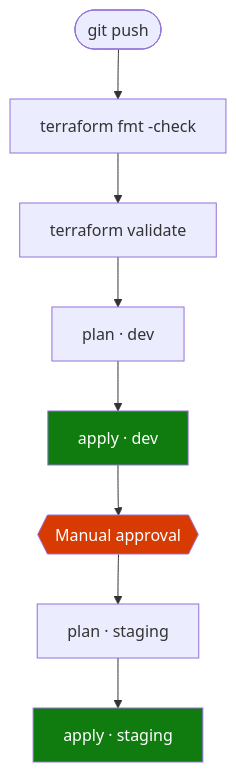
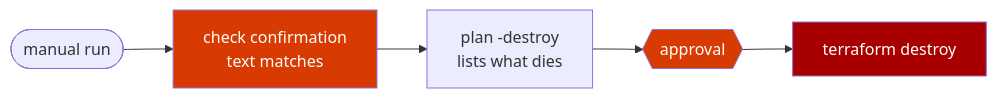
One commit to Ashrokss/Enterprise-Aks-Platform changed the fourth of 6 diagrams in README.md. Above: the diagram before and after it, drawn with Mermaid. The commit also changed other lines of this file, not shown here.

Commit message:
Document the destroy pipeline and gated apply

````diff
--- a/README.md
+++ b/README.md
@@ -346,14 +348,11 @@
 ```mermaid
-flowchart TD
-    A([git push]) --> B[terraform fmt -check]
-    B --> C[terraform validate]
-    C --> D[plan · dev]
-    D --> E[apply · dev]
-    E --> F{{Manual approval}}
-    F --> G[plan · staging]
-    G --> H[apply · staging]
+flowchart LR
+    RUN([manual run]) --> CHK[check confirmation<br/>text matches]
+    CHK --> PRE[plan -destroy<br/>lists what dies]
+    PRE --> GATE{{approval}}
+    GATE --> DES[terraform destroy]
 
-    style F fill:#D83B01,color:#fff
-    style E fill:#107C10,color:#fff
-    style H fill:#107C10,color:#fff
+    style CHK fill:#D83B01,color:#fff
+    style GATE fill:#D83B01,color:#fff
+    style DES fill:#A80000,color:#fff
 ```
````
